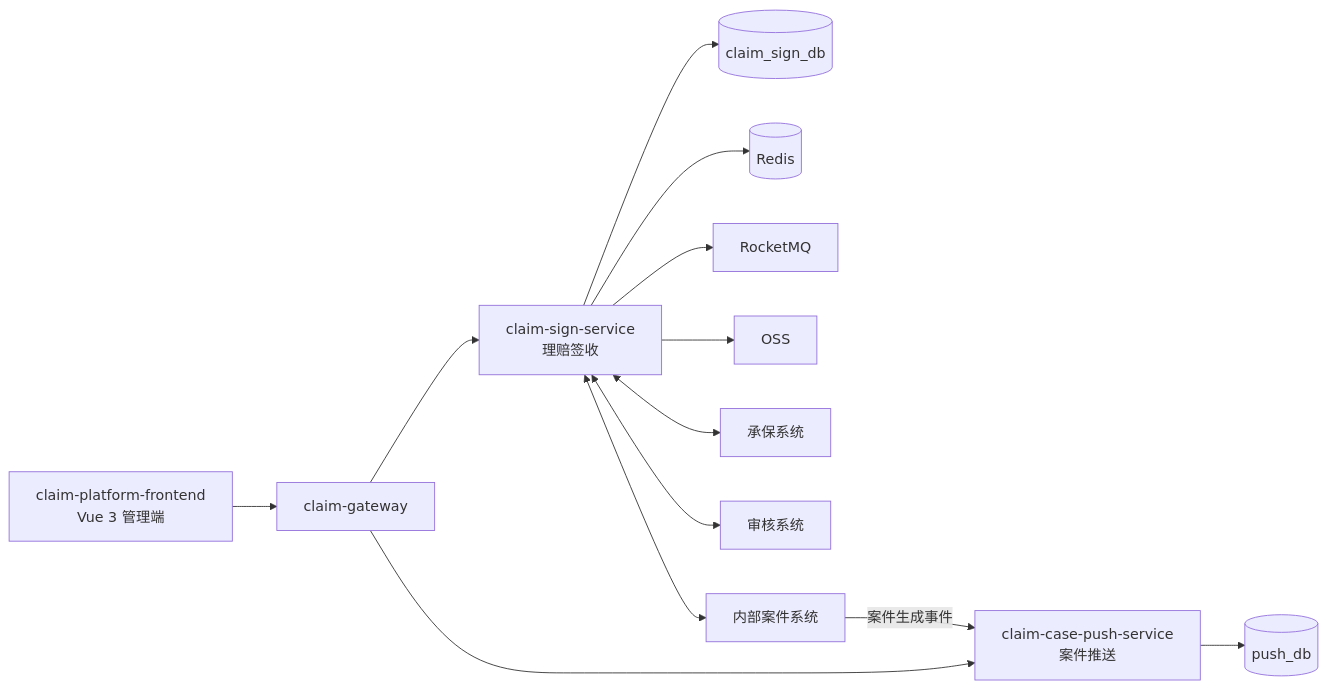
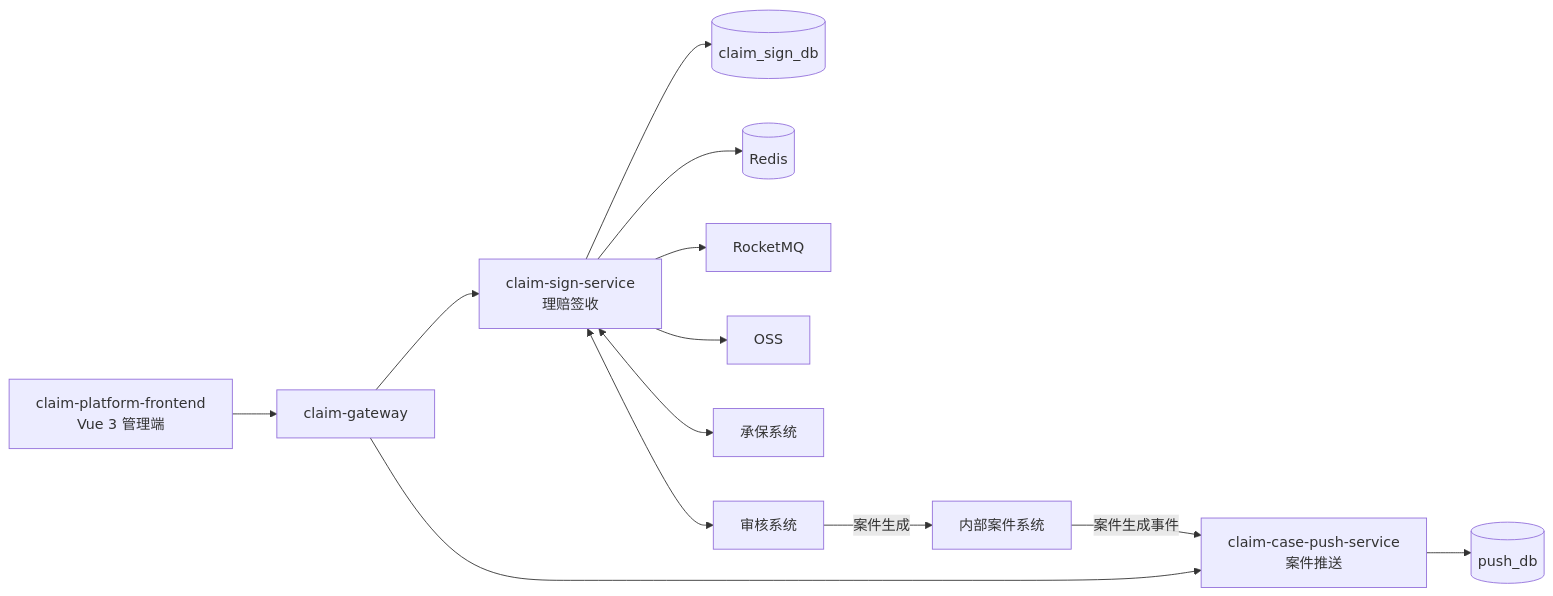
The first of 2 diagrams in docs/specs/baseline.md (wangguangwu/claim-platform), drawn with Mermaid before and after one commit. The commit also changed other lines of this file and 5 other files, not shown here.

````diff
--- a/docs/specs/baseline.md
+++ b/docs/specs/baseline.md
@@ -89,15 +87,15 @@
 ```mermaid
 flowchart LR
     FE[claim-platform-frontend\nVue 3 管理端] --> GW[claim-gateway]
     GW --> SIGN[claim-sign-service\n理赔签收]
     GW --> PUSH[claim-case-push-service\n案件推送]
     SIGN --> SIGNDB[(claim_sign_db)]
     PUSH --> PUSHDB[(push_db)]
     SIGN --> REDIS[(Redis)]
     SIGN --> MQ[RocketMQ]
     SIGN --> OSS[OSS]
     SIGN <--> POLICY[承保系统]
     SIGN <--> AUDIT[审核系统]
-    SIGN <--> CASE[内部案件系统]
+    AUDIT -->|案件生成| CASE[内部案件系统]
     CASE -->|案件生成事件| PUSH
 ```
````
